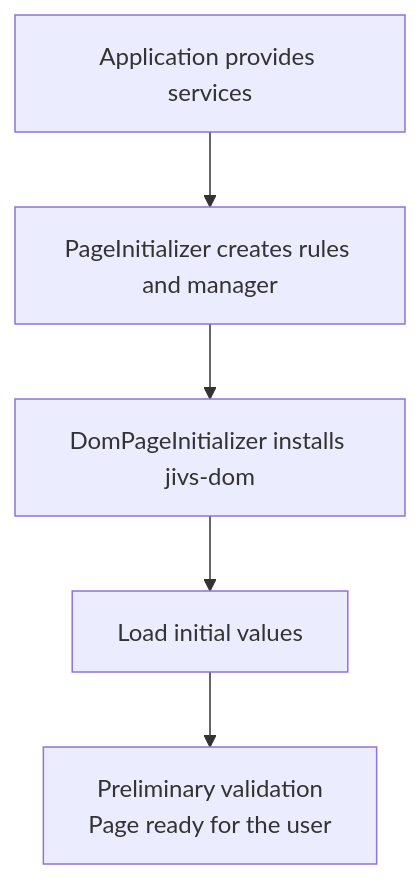
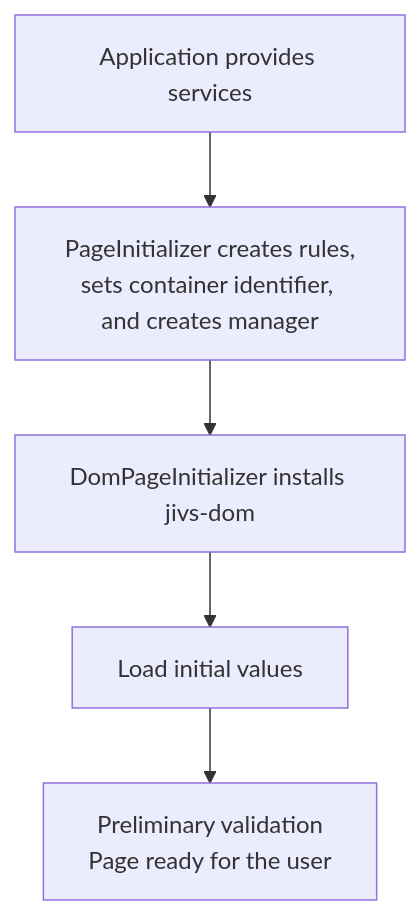
Before and after one commit to plblum/jivs: the first of 7 diagrams in planning/Workflows_vision.md, drawn with Mermaid. The commit also changed other lines of this file and 16 other files, not shown here.

Commit message:
Changed how containerIdentifier is resolved

````diff
--- a/planning/Workflows_vision.md
+++ b/planning/Workflows_vision.md
@@ -57,7 +57,7 @@
 ```mermaid
 flowchart TD
-    A["Application provides services"] --> B["PageInitializer creates rules and manager"]
+    A["Application provides services"] --> B["PageInitializer creates rules,<br/>sets container identifier, and creates manager"]
     B --> C["DomPageInitializer installs jivs-dom"]
     C --> D["Load initial values"]
     D --> E["Preliminary validation<br/>Page ready for the user"]
 ```
````
